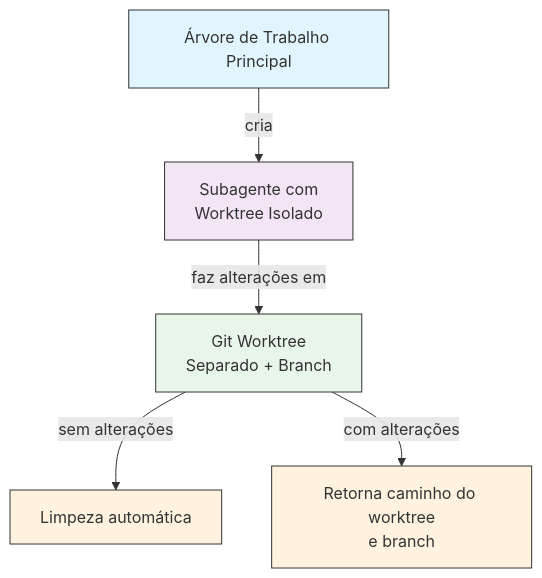
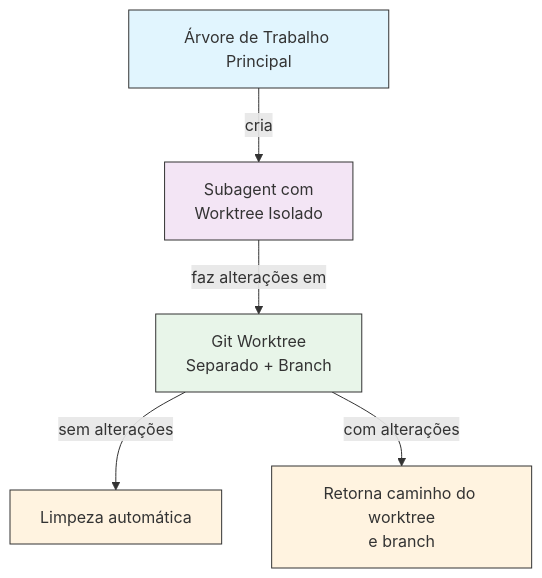
One commit to Diegobecker07/claude-howto changed the second of 7 diagrams in pt-BR/04-subagents/README.md. Above: the diagram before and after it, drawn with Mermaid. The commit also changed other lines of this file and 26 other files, not shown here.

````diff
--- a/pt-BR/04-subagents/README.md
+++ b/pt-BR/04-subagents/README.md
@@ -516,13 +516,13 @@
 ```mermaid
 graph TB
-    Main["Árvore de Trabalho Principal"] -->|cria| Sub["Subagente com<br/>Worktree Isolado"]
+    Main["Árvore de Trabalho Principal"] -->|cria| Sub["Subagent com<br/>Worktree Isolado"]
     Sub -->|faz alterações em| WT["Git Worktree<br/>Separado + Branch"]
     WT -->|sem alterações| Clean["Limpeza automática"]
     WT -->|com alterações| Return["Retorna caminho do worktree<br/>e branch"]
 
     style Main fill:#e1f5fe,stroke:#333,color:#333
     style Sub fill:#f3e5f5,stroke:#333,color:#333
     style WT fill:#e8f5e9,stroke:#333,color:#333
     style Clean fill:#fff3e0,stroke:#333,color:#333
     style Return fill:#fff3e0,stroke:#333,color:#333
 ```
````
